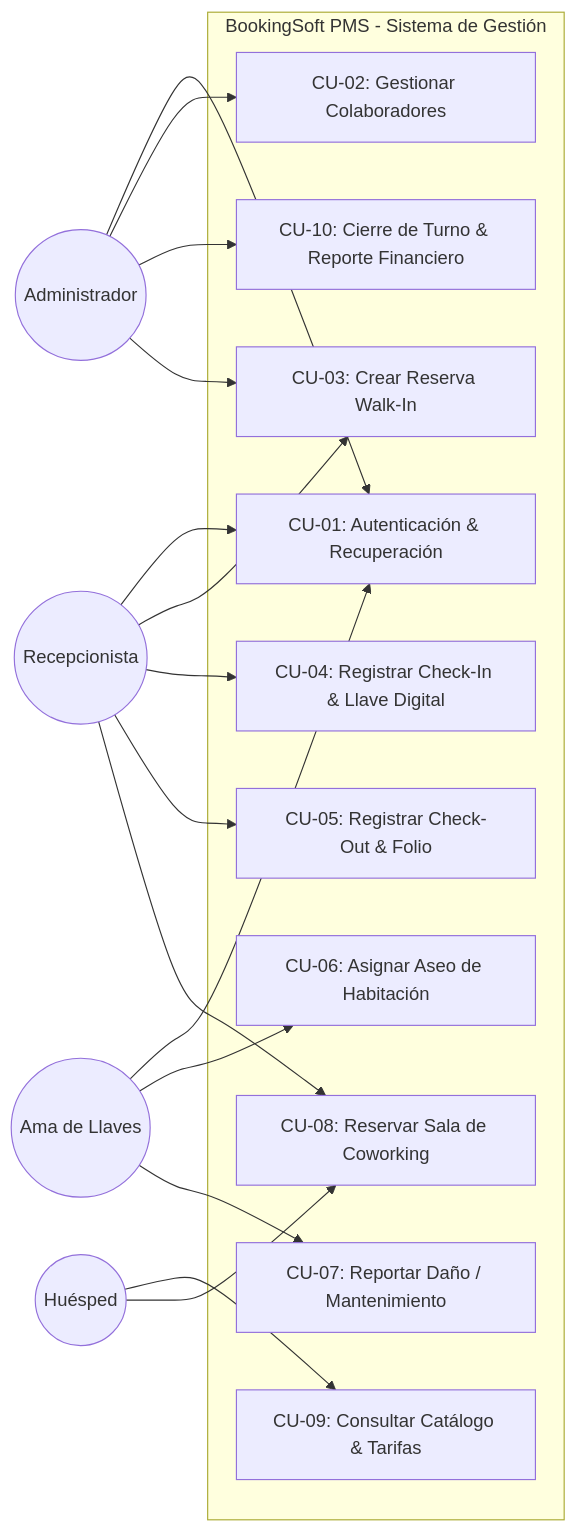
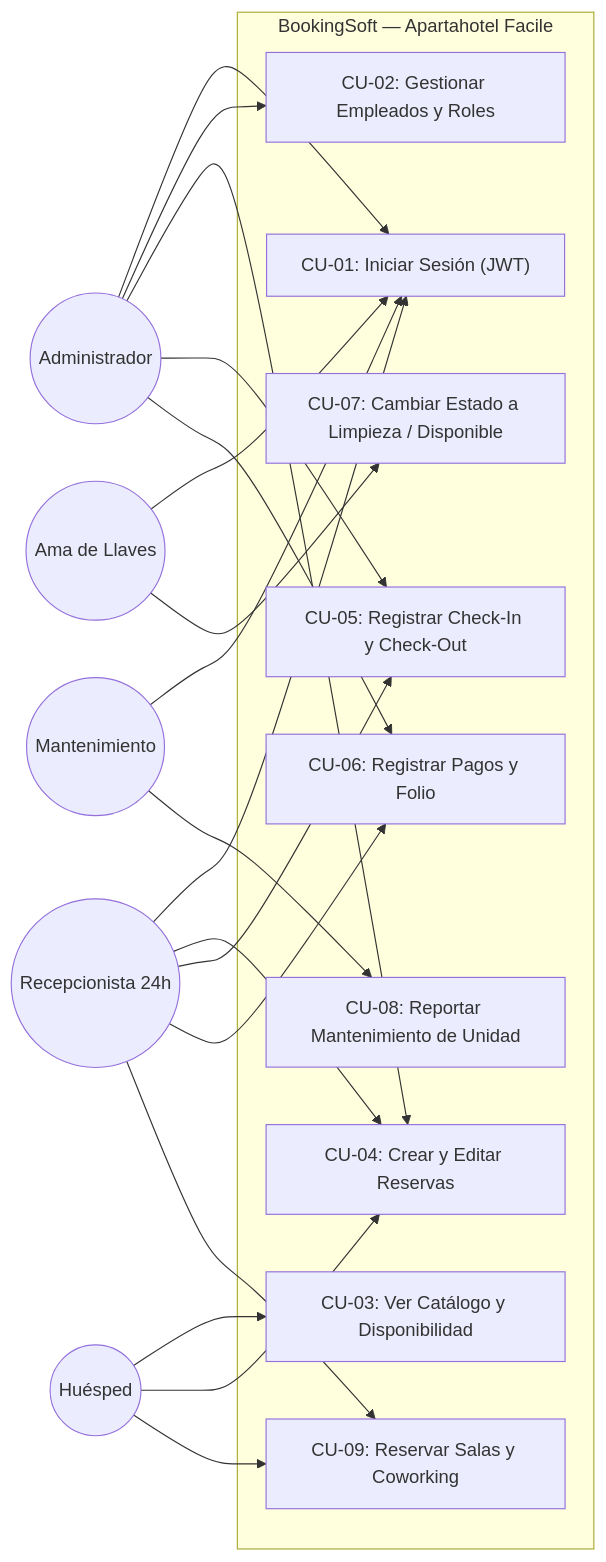
One commit to bookingsoftHOTELFACILE/PROYECTO_FACILE changed the second of 5 diagrams in docs/arquitectura/DOCUMENTACION_GENERAL_Y_DIAGRAMAS.md. Above: the diagram before and after it, drawn with Mermaid. The commit also changed other lines of this file and 11 other files, not shown here.

````diff
--- a/docs/arquitectura/DOCUMENTACION_GENERAL_Y_DIAGRAMAS.md
+++ b/docs/arquitectura/DOCUMENTACION_GENERAL_Y_DIAGRAMAS.md
@@ -52,38 +26,42 @@
 ```mermaid
 flowchart LR
     Admin((Administrador))
-    Recep((Recepcionista))
+    Recep((Recepcionista 24h))
     Ama((Ama de Llaves))
+    Mant((Mantenimiento))
     Huesped((Huésped))
 
-    subgraph SistemaPMS["BookingSoft PMS - Sistema de Gestión"]
-        CU01["CU-01: Autenticación & Recuperación"]
-        CU02["CU-02: Gestionar Colaboradores"]
-        CU03["CU-03: Crear Reserva Walk-In"]
-        CU04["CU-04: Registrar Check-In & Llave Digital"]
-        CU05["CU-05: Registrar Check-Out & Folio"]
-        CU06["CU-06: Asignar Aseo de Habitación"]
-        CU07["CU-07: Reportar Daño / Mantenimiento"]
-        CU08["CU-08: Reservar Sala de Coworking"]
-        CU09["CU-09: Consultar Catálogo & Tarifas"]
-        CU10["CU-10: Cierre de Turno & Reporte Financiero"]
+    subgraph BookingSoft["BookingSoft — Apartahotel Facile"]
+        CU01["CU-01: Iniciar Sesión (JWT)"]
+        CU02["CU-02: Gestionar Empleados y Roles"]
+        CU03["CU-03: Ver Catálogo y Disponibilidad"]
+        CU04["CU-04: Crear y Editar Reservas"]
+        CU05["CU-05: Registrar Check-In y Check-Out"]
+        CU06["CU-06: Registrar Pagos y Folio"]
+        CU07["CU-07: Cambiar Estado a Limpieza / Disponible"]
+        CU08["CU-08: Reportar Mantenimiento de Unidad"]
+        CU09["CU-09: Reservar Salas y Coworking"]
     end
 
     Admin --> CU01
     Admin --> CU02
-    Admin --> CU10
-    Admin --> CU03
+    Admin --> CU04
+    Admin --> CU05
+    Admin --> CU06
 
     Recep --> CU01
-    Recep --> CU03
     Recep --> CU04
     Recep --> CU05
-    Recep --> CU08
+    Recep --> CU06
+    Recep --> CU09
 
     Ama --> CU01
-    Ama --> CU06
     Ama --> CU07
 
+    Mant --> CU01
+    Mant --> CU08
+
+    Huesped --> CU03
+    Huesped --> CU04
     Huesped --> CU09
-    Huesped --> CU08
 ```
````
